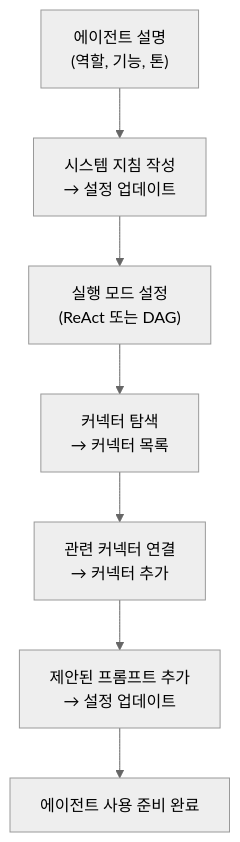
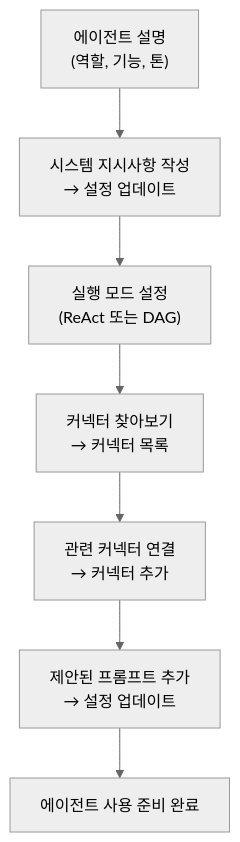
Before and after one commit to lucky20160622/fim-one: the second of 2 diagrams in docs/ko/concepts/ai-builder.mdx, drawn with Mermaid (neutral theme). The commit also changed other lines of this file and 141 other files, not shown here.

````diff
--- a/docs/ko/concepts/ai-builder.mdx
+++ b/docs/ko/concepts/ai-builder.mdx
@@ -64,10 +78,10 @@
 ```mermaid
 flowchart TD
   A["에이전트 설명<br/>(역할, 기능, 톤)"]
-  A --> B["시스템 지침 작성<br/>→ 설정 업데이트"]
+  A --> B["시스템 지시사항 작성<br/>→ 설정 업데이트"]
   B --> C["실행 모드 설정<br/>(ReAct 또는 DAG)"]
-  C --> D["커넥터 탐색<br/>→ 커넥터 목록"]
+  C --> D["커넥터 찾아보기<br/>→ 커넥터 목록"]
   D --> E["관련 커넥터 연결<br/>→ 커넥터 추가"]
   E --> F["제안된 프롬프트 추가<br/>→ 설정 업데이트"]
   F --> G["에이전트 사용 준비 완료"]
 ```
````
